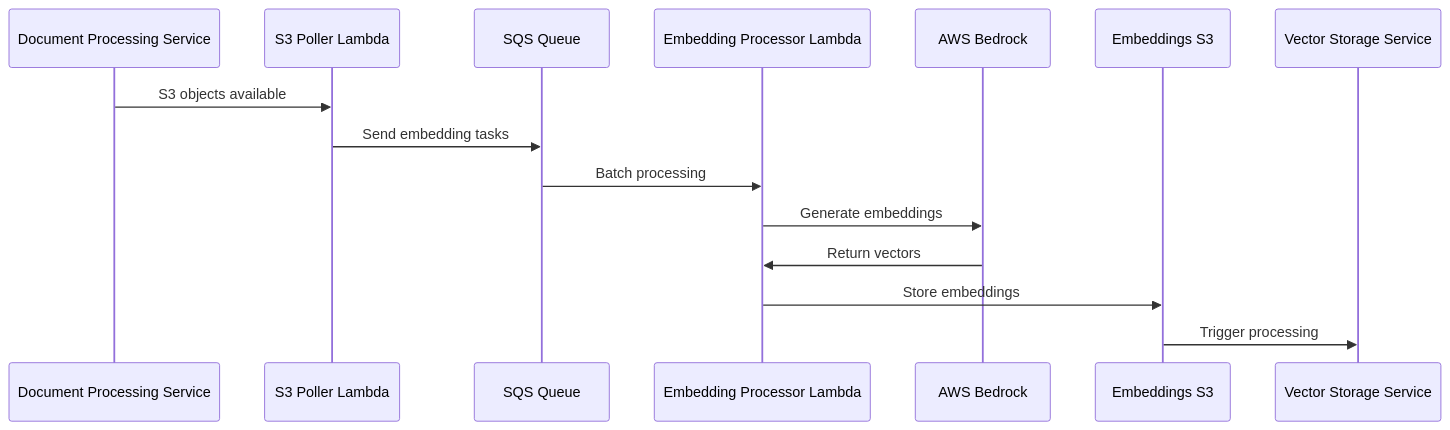
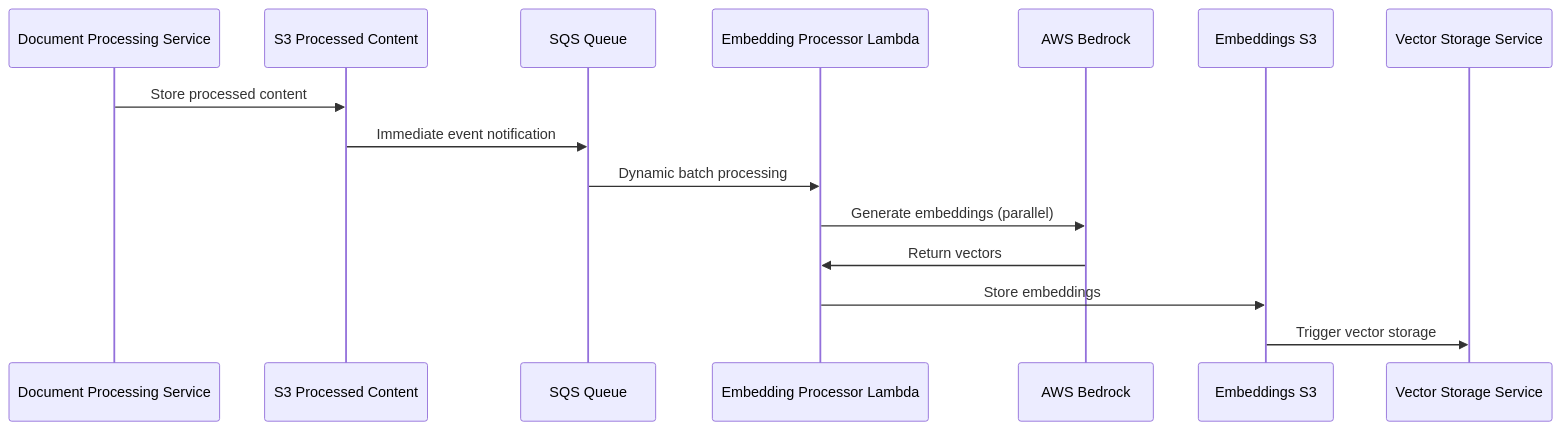
Before and after one commit to odmd-rag/rag-embedding-service: the diagram in IMPLEMENTATION_SUMMARY.md, drawn with Mermaid. The commit also changed other lines of this file and 5 other files, not shown here.

````diff
--- a/IMPLEMENTATION_SUMMARY.md
+++ b/IMPLEMENTATION_SUMMARY.md
@@ -43,18 +45,18 @@
 ```mermaid
 sequenceDiagram
     participant DP as Document Processing Service
-    participant S3P as S3 Poller Lambda
+    participant S3 as S3 Processed Content
     participant SQS as SQS Queue
     participant EP as Embedding Processor Lambda
     participant BR as AWS Bedrock
     participant S3E as Embeddings S3
     participant VS as Vector Storage Service
 
-    DP->>S3P: S3 objects available
-    S3P->>SQS: Send embedding tasks
-    SQS->>EP: Batch processing
-    EP->>BR: Generate embeddings
+    DP->>S3: Store processed content
+    S3->>SQS: Immediate event notification
+    SQS->>EP: Dynamic batch processing
+    EP->>BR: Generate embeddings (parallel)
     BR->>EP: Return vectors
     EP->>S3E: Store embeddings
-    S3E->>VS: Trigger processing
+    S3E->>VS: Trigger vector storage
 ```
````
